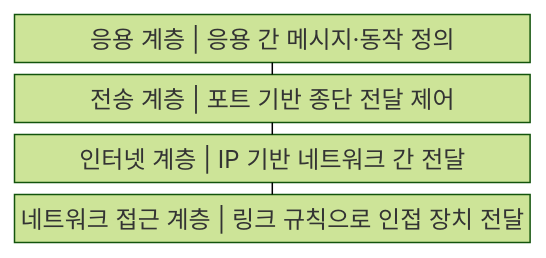
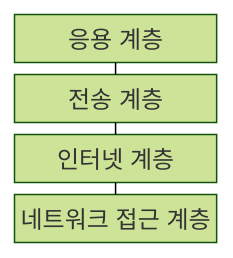
One commit to agnusdei1207/knowledge-base changed the first of 2 diagrams in src/content/docs/notes/04-network/002_tcp_ip_model.md. Above: the diagram before and after it, drawn with Mermaid (forest theme). The commit also changed other lines of this file and 122 other files, not shown here.

````diff
--- a/src/content/docs/notes/04-network/002_tcp_ip_model.md
+++ b/src/content/docs/notes/04-network/002_tcp_ip_model.md
@@ -56,11 +56,11 @@
 ```mermaid
-block
+block-beta
     columns 1
-    A["응용 계층 | 응용 간 메시지·동작 정의"]
-    B["전송 계층 | 포트 기반 종단 전달 제어"]
-    C["인터넷 계층 | IP 기반 네트워크 간 전달"]
-    D["네트워크 접근 계층 | 링크 규칙으로 인접 장치 전달"]
+    A["응용 계층"]
+    B["전송 계층"]
+    C["인터넷 계층"]
+    D["네트워크 접근 계층"]
     A --- B
     B --- C
     C --- D
 ```
````
